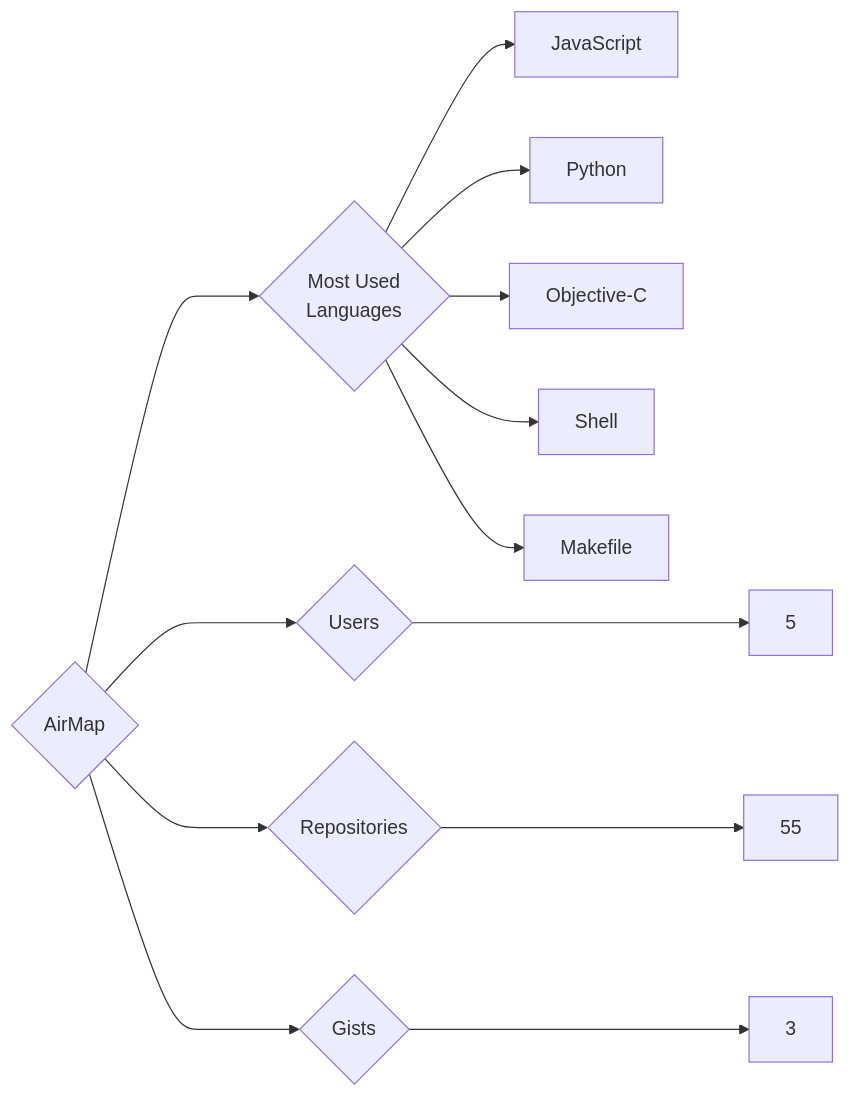
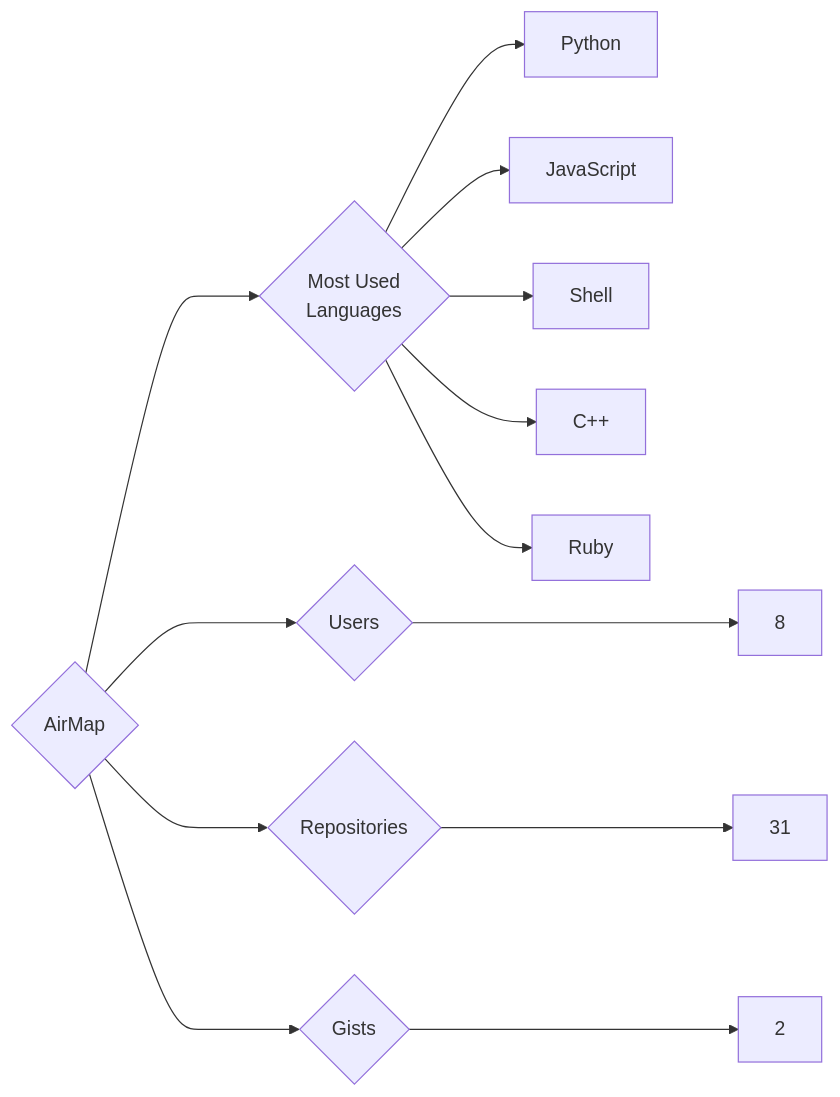
The diagram in targets/AirMap/README.md (trickest/insiders), drawn with Mermaid before and after one commit. The commit also changed 1195 other files, not shown here.

````diff
--- a/targets/AirMap/README.md
+++ b/targets/AirMap/README.md
@@ -3,13 +3,13 @@
 ```mermaid
 graph LR
 COMPANY_NAME{AirMap}
-COMPANY_NAME ---> U{Users} ---> UN[5]
-COMPANY_NAME ---> R{Repositories} ---> RN[55]
-COMPANY_NAME ---> G{Gists} ---> GN[3]
+COMPANY_NAME ---> U{Users} ---> UN[8]
+COMPANY_NAME ---> R{Repositories} ---> RN[31]
+COMPANY_NAME ---> G{Gists} ---> GN[2]
 COMPANY_NAME ---> ML{Most Used<br>Languages}
+ML --> Python[Python]
 ML --> JavaScript[JavaScript]
-ML --> Python[Python]
-ML --> Objective-C[Objective-C]
 ML --> Shell[Shell]
-ML --> Makefile[Makefile]
+ML --> C++[C++]
+ML --> Ruby[Ruby]
 ```
````
